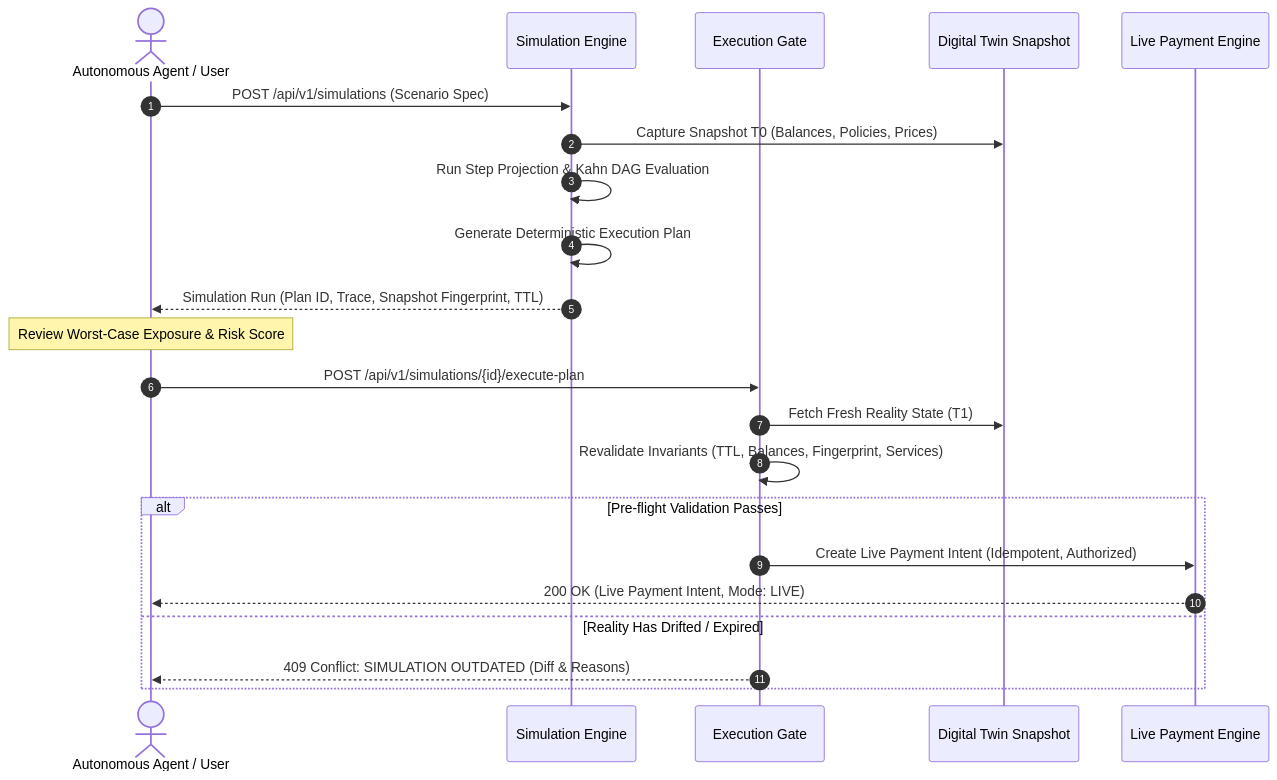
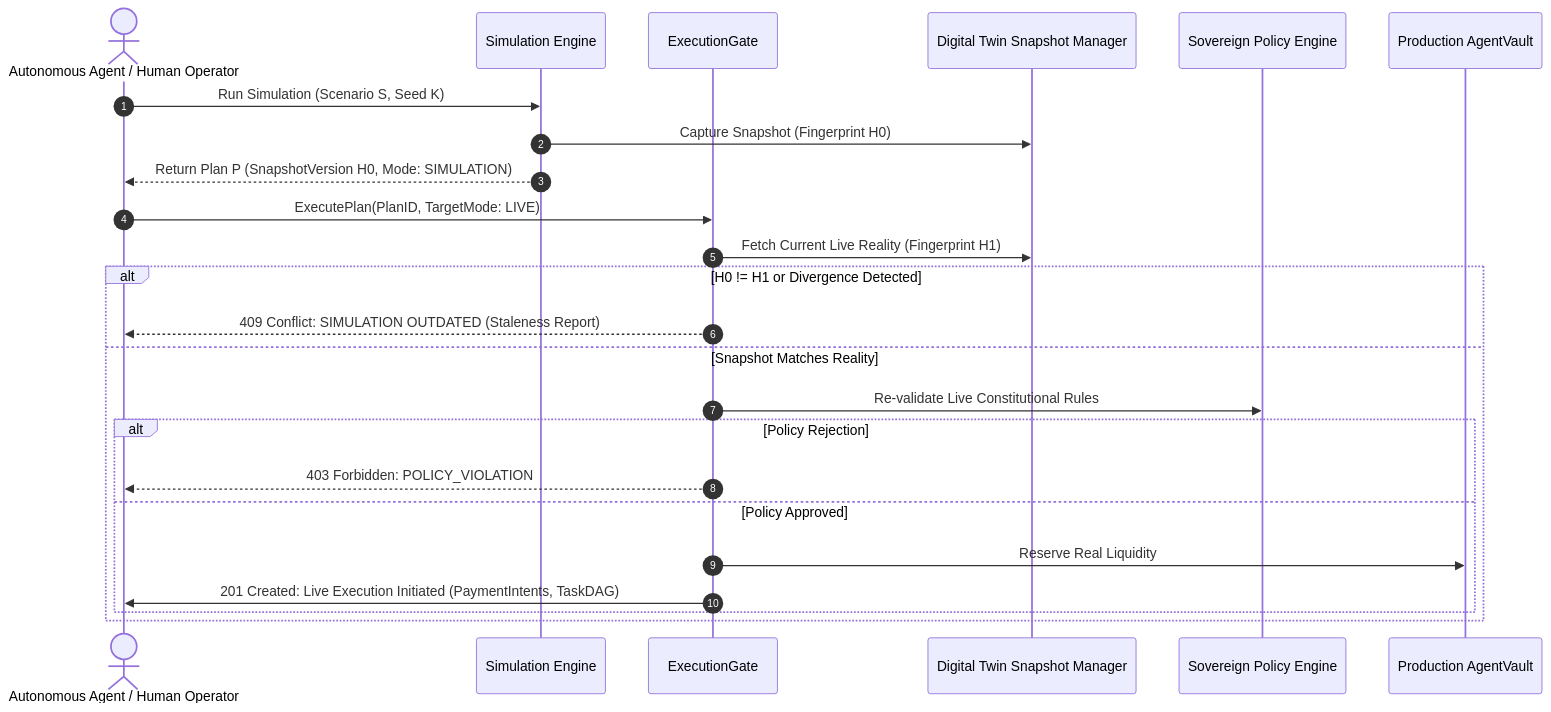
Before and after one commit to mahitss/Arc_micro: the diagram in docs/simulation-execution.md, drawn with Mermaid. The commit also changed other lines of this file and 5 other files, not shown here.

Commit message:
docs(constitution): add economic constitution, simulation security, and execution guides

````diff
--- a/docs/simulation-execution.md
+++ b/docs/simulation-execution.md
@@ -22,28 +13,29 @@
 ```mermaid
 sequenceDiagram
     autonumber
-    actor Agent as Autonomous Agent / User
-    participant Sim as Simulation Engine
-    participant Gate as Execution Gate
-    participant DT as Digital Twin Snapshot
-    participant Live as Live Payment Engine
+    actor Operator as Autonomous Agent / Human Operator
+    participant SimEngine as Simulation Engine
+    participant Gate as ExecutionGate
+    participant Twin as Digital Twin Snapshot Manager
+    participant Policy as Sovereign Policy Engine
+    participant Vault as Production AgentVault
 
-    Agent->>Sim: POST /api/v1/simulations (Scenario Spec)
-    Sim->>DT: Capture Snapshot T0 (Balances, Policies, Prices)
-    Sim->>Sim: Run Step Projection & Kahn DAG Evaluation
-    Sim->>Sim: Generate Deterministic Execution Plan
-    Sim-->>Agent: Simulation Run (Plan ID, Trace, Snapshot Fingerprint, TTL)
+    Operator->>SimEngine: Run Simulation (Scenario S, Seed K)
+    SimEngine->>Twin: Capture Snapshot (Fingerprint H0)
+    SimEngine-->>Operator: Return Plan P (SnapshotVersion H0, Mode: SIMULATION)
+
+    Operator->>Gate: ExecutePlan(PlanID, TargetMode: LIVE)
+    Gate->>Twin: Fetch Current Live Reality (Fingerprint H1)
     
-    Note over Agent: Review Worst-Case Exposure & Risk Score
-    
-    Agent->>Gate: POST /api/v1/simulations/{id}/execute-plan
-    Gate->>DT: Fetch Fresh Reality State (T1)
-    Gate->>Gate: Revalidate Invariants (TTL, Balances, Fingerprint, Services)
-    
-    alt Pre-flight Validation Passes
-        Gate->>Live: Create Live Payment Intent (Idempotent, Authorized)
-        Live-->>Agent: 200 OK (Live Payment Intent, Mode: LIVE)
-    else Reality Has Drifted / Expired
-        Gate-->>Agent: 409 Conflict: SIMULATION OUTDATED (Diff & Reasons)
+    alt H0 != H1 or Divergence Detected
+        Gate-->>Operator: 409 Conflict: SIMULATION OUTDATED (Staleness Report)
+    else Snapshot Matches Reality
+        Gate->>Policy: Re-validate Live Constitutional Rules
+        alt Policy Rejection
+            Gate-->>Operator: 403 Forbidden: POLICY_VIOLATION
+        else Policy Approved
+            Gate->>Vault: Reserve Real Liquidity
+            Gate->>Operator: 201 Created: Live Execution Initiated (PaymentIntents, TaskDAG)
+        end
     end
 ```
````
